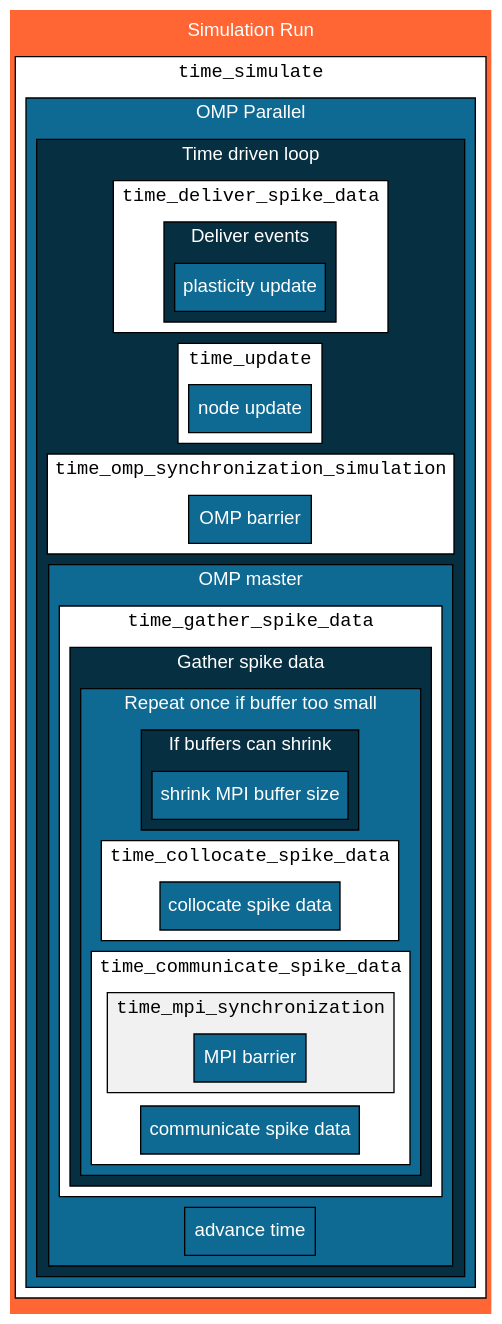
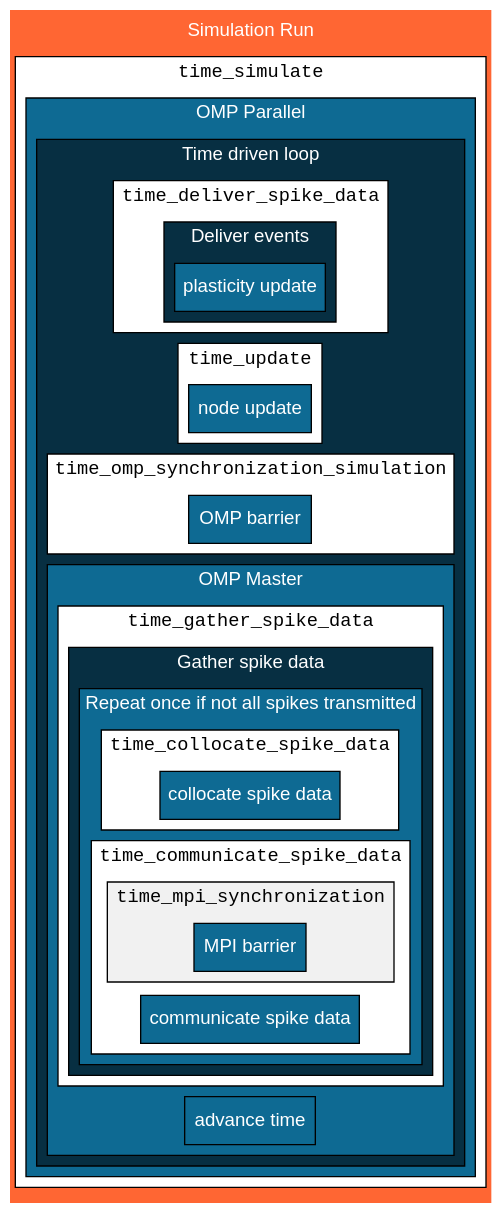
Before and after one commit to nest/nest-simulator: the diagram in doc/htmldoc/simulation_run.dot, drawn with Graphviz. The commit also changed 1 other file, not shown here.

```diff
--- a/doc/htmldoc/simulation_run.dot
+++ b/doc/htmldoc/simulation_run.dot
@@ -1,99 +1,92 @@
  digraph G {
   node [fontname="Helvetica,Arial,sans-serif", shape="box", fontcolor="white", style="filled", fillcolor="#0E6A93"]
   rankdir="LR"
   bgcolor="#ff6633"
   label="Simulation Run"
   labelloc="t"
   fontcolor="white"
   fontname="Helvetica,Arial,sans-serif"
 
 	subgraph cluster_simulate_timer {
 			label="time_simulate"
 			style=filled fontcolor="black" fontname="Courier New, Courier, monospace"
 			fillcolor="white"
       subgraph cluster_OMP_Parallel {
         label="OMP Parallel"
         style=filled
         fillcolor="#0E6A93" fontcolor="white" fontname="Helvetica,Arial,sans-serif"
         subgraph cluster_time_driven_loop {
           label="Time driven loop"
           style=filled
           fillcolor="#072f42"
           subgraph cluster_deliver_spike_data_timer {
             label="time_deliver_spike_data"
             style=filled fontcolor="black" fontname="Courier New, Courier, monospace"
             fillcolor="white"
             subgraph cluster_deliver_events {
               label="Deliver events"
               style=filled fontcolor="white" fontname="Helvetica,Arial,sans-serif"
               fillcolor="#072f42"
               "plasticity update"
             }
           }
           subgraph cluster_update_timer {
             label="time_update"
             style=filled fontcolor="black" fontname="Courier New, Courier, monospace"
             fillcolor="white"
             "node update"
           }
             subgraph cluster_omp_synchronization_timer {
             label="time_omp_synchronization_simulation"
             style=filled fontcolor="black" fontname="Courier New, Courier, monospace"
             fillcolor="white"
             "OMP barrier"
             }
           subgraph cluster_omp_master {
-              label="OMP master"
+              label="OMP Master"
             style=filled fontcolor="white"
             fillcolor="#0E6A93"
             "advance time"
 
           subgraph cluster_gather_spike_data_timer{
                       label= "time_gather_spike_data"
                       style=filled fontcolor="black" fontname="Courier New, Courier, monospace"
                       fillcolor="white"
                       subgraph cluster_gather_spike_Data{
                          label="Gather spike data"
                          style=filled fontcolor="white" fontname="Helvetica, Arial, sans-serif"
                          fillcolor="#072f42"
                          subgraph cluster_repeat_once {
-                             label="Repeat once if buffer too small"
-                             style=filled#4b210c
+                             label="Repeat once if not all spikes transmitted"
+                             style=filled fontcolor="white"
                              fillcolor="#0E6A93"
-                             subgraph cluster_if_buffers_can_shrink {
-                               label="If buffers can shrink"
-                               style=filled
-                               fillcolor="#072f42"
-                               "shrink MPI buffer size"
-
-                             }
 
 
             subgraph cluster_collocate_spike_data_timer {
                   label="time_collocate_spike_data"
                   style=filled fontcolor="black" fontname="Courier New, Courier, monospace"
                   fillcolor="white"
                   "collocate spike data"
               }
 
             subgraph cluster_communicate_spike_data_timer {
                 label= "time_communicate_spike_data"
                 style=filled fontcolor="black" fontname="Courier New, Courier, monospace"
                 fillcolor="white"
                 "communicate spike data"
                 subgraph cluster_mpi_sync_timer {
                     label= "time_mpi_synchronization"
                     style=filled fontcolor="black" fontname="Courier New, Courier, monospace"
                     fillcolor="#f1f1f1"
                     "MPI barrier"
 
                 }
                 }
                }
               }
             }
           }
        }
    	}
   }
  }
```
